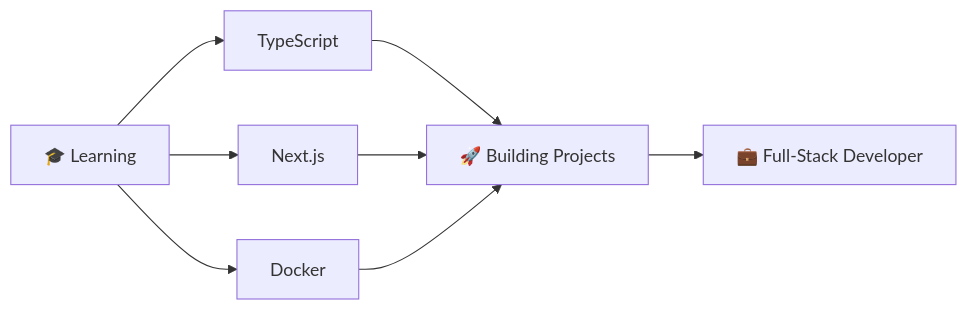
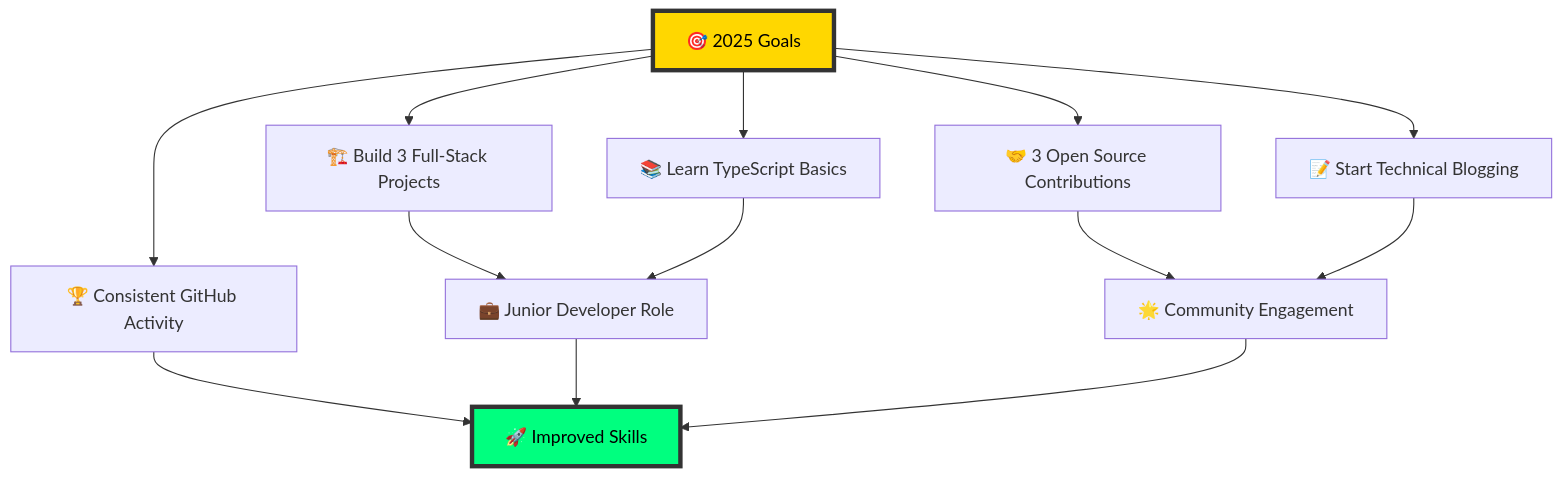
The diagram in README.md (Rupesh3170/Rupesh3170), drawn with Mermaid before and after one commit. The commit also changed other lines of this file, not shown here.

````diff
--- a/README.md
+++ b/README.md
@@ -144,10 +199,19 @@
 ```mermaid
-graph LR
-    A[🎓 Learning] --> B[TypeScript]
-    A --> C[Next.js]
-    A --> D[Docker]
-    B --> E[🚀 Building Projects]
-    C --> E
-    D --> E
-    E --> F[💼 Full-Stack Developer]
+graph TD
+    A["🎯 2025 Goals"] --> B["🏗️ Build 3 Full-Stack Projects"]
+    A --> C["📚 Learn TypeScript Basics"]
+    A --> D["🤝 3 Open Source Contributions"]
+    A --> E["📝 Start Technical Blogging"]
+    A --> F["🏆 Consistent GitHub Activity"]
+    
+    B --> G["💼 Junior Developer Role"]
+    C --> G
+    D --> H["🌟 Community Engagement"]
+    E --> H
+    F --> I["🚀 Improved Skills"]
+    G --> I
+    H --> I
+    
+    style A fill:#FFD700,stroke:#333,stroke-width:4px,color:#000
+    style I fill:#00FF7F,stroke:#333,stroke-width:4px,color:#000
 ```
````
